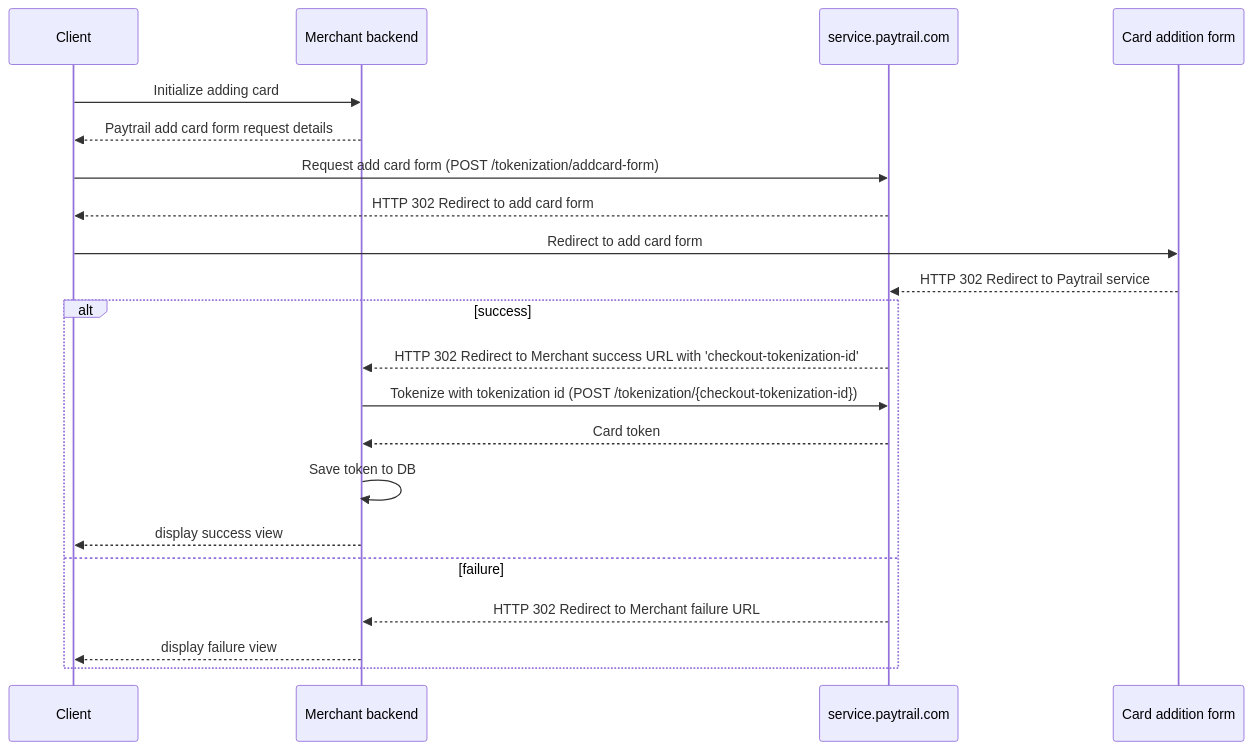
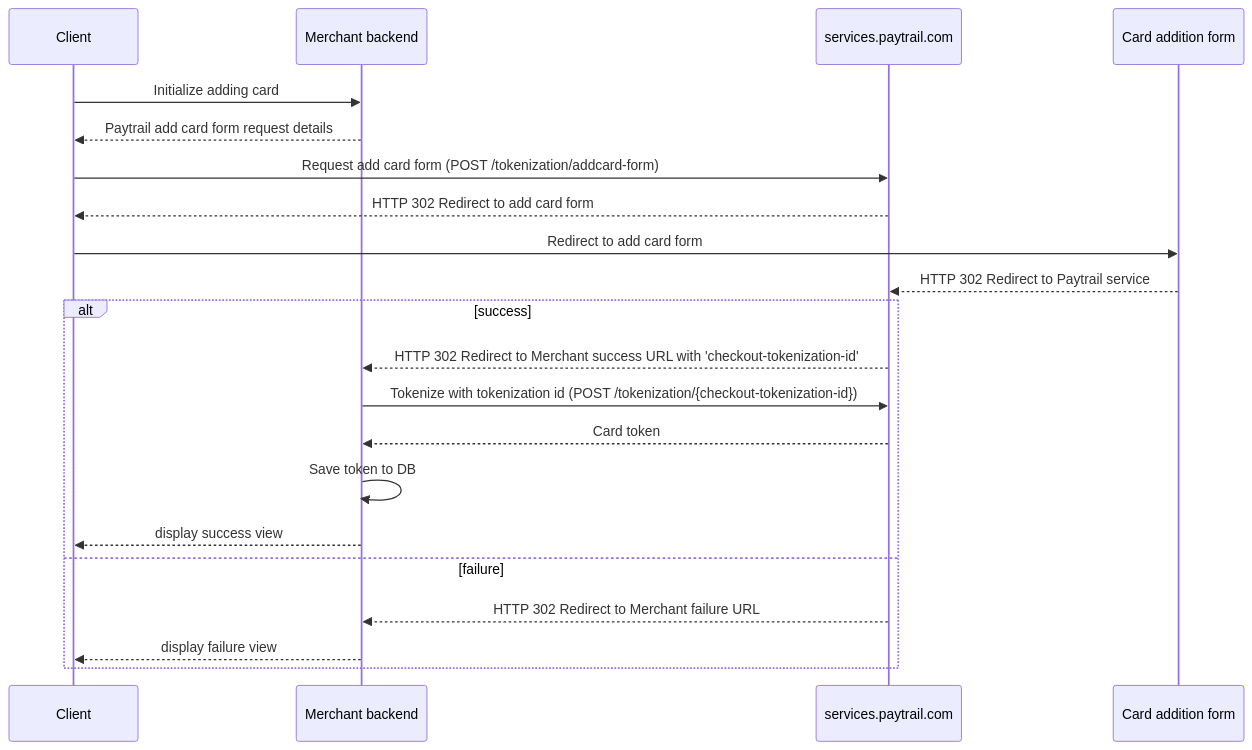
Before and after one commit to paytrail/api-documentation: the second of 3 diagrams in docs/README.md, drawn with Mermaid. The commit also changed other lines of this file and 4 other files, not shown here.

````diff
--- a/docs/README.md
+++ b/docs/README.md
@@ -409,22 +454,22 @@
 ```mermaid
 sequenceDiagram
 
 Client ->> Merchant backend: Initialize adding card
 Merchant backend -->> Client: Paytrail add card form request details
-Client ->> service.paytrail.com: Request add card form (POST /tokenization/addcard-form)
-service.paytrail.com -->> Client: HTTP 302 Redirect to add card form
+Client ->> services.paytrail.com: Request add card form (POST /tokenization/addcard-form)
+services.paytrail.com -->> Client: HTTP 302 Redirect to add card form
 Client ->> Card addition form: Redirect to add card form
-Card addition form -->> service.paytrail.com: HTTP 302 Redirect to Paytrail service
+Card addition form -->> services.paytrail.com: HTTP 302 Redirect to Paytrail service
 
 alt success
-service.paytrail.com -->> Merchant backend: HTTP 302 Redirect to Merchant success URL with 'checkout-tokenization-id'
-Merchant backend ->> service.paytrail.com: Tokenize with tokenization id (POST /tokenization/{checkout-tokenization-id})
-service.paytrail.com -->> Merchant backend: Card token
+services.paytrail.com -->> Merchant backend: HTTP 302 Redirect to Merchant success URL with 'checkout-tokenization-id'
+Merchant backend ->> services.paytrail.com: Tokenize with tokenization id (POST /tokenization/{checkout-tokenization-id})
+services.paytrail.com -->> Merchant backend: Card token
 Merchant backend ->> Merchant backend: Save token to DB
 Merchant backend -->> Client: display success view
 else failure
-service.paytrail.com -->> Merchant backend: HTTP 302 Redirect to Merchant failure URL
+services.paytrail.com -->> Merchant backend: HTTP 302 Redirect to Merchant failure URL
 Merchant backend -->> Client: display failure view
 end
 
 ```
````
